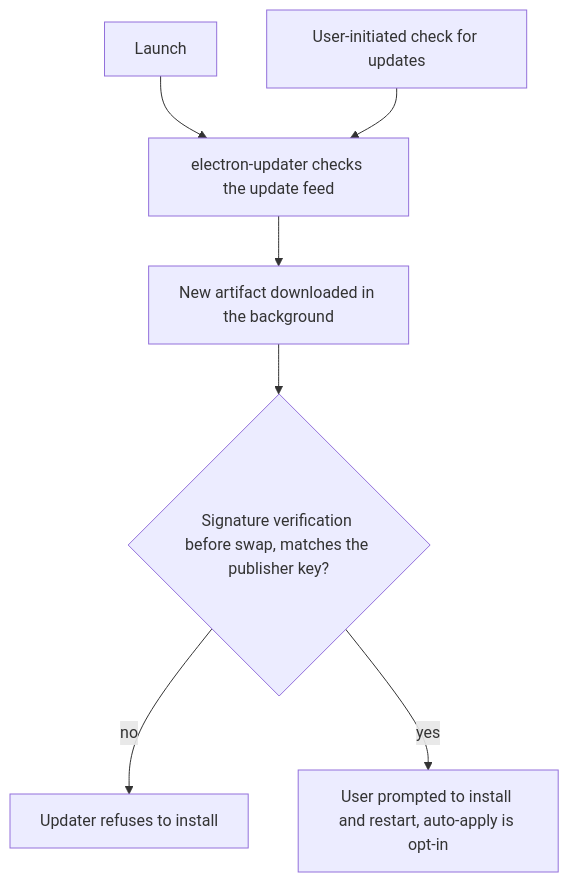
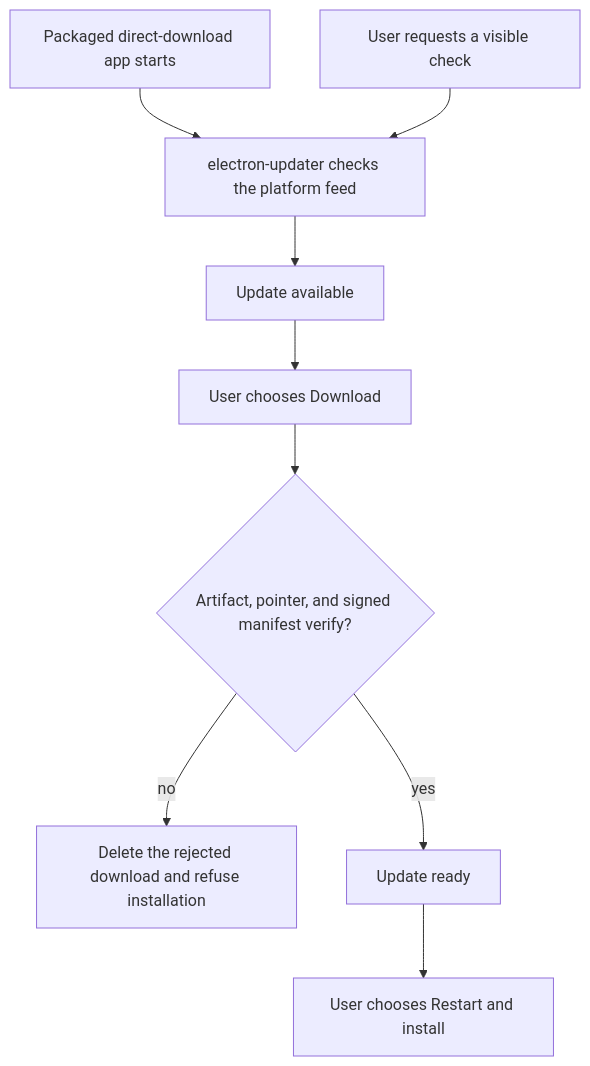
One commit to XChain-Platform/xchain-documentation changed the diagram in components/wallet/build-release.md. Above: the diagram before and after it, drawn with Mermaid. The commit also changed other lines of this file, not shown here.

````diff
--- a/components/wallet/build-release.md
+++ b/components/wallet/build-release.md
@@ -94,17 +105,21 @@
 ```mermaid
 flowchart TD
-    A1["Launch"]
-    A2["User-initiated check for updates"]
-    CHECK["electron-updater checks the update feed"]
-    B["New artifact downloaded in the background"]
-    C{"Signature verification before swap, matches the publisher key?"}
-    D["Updater refuses to install"]
-    E["User prompted to install and restart, auto-apply is opt-in"]
+    A1["Packaged direct-download app starts"]
+    A2["User requests a visible check"]
+    CHECK["electron-updater checks the platform feed"]
+    OFFER["Update available"]
+    DOWNLOAD["User chooses Download"]
+    VERIFY{"Artifact, pointer, and signed manifest verify?"}
+    REJECT["Delete the rejected download and refuse installation"]
+    READY["Update ready"]
+    RESTART["User chooses Restart and install"]
 
     A1 --> CHECK
     A2 --> CHECK
-    CHECK --> B
-    B --> C
-    C -->|"no"| D
-    C -->|"yes"| E
+    CHECK --> OFFER
+    OFFER --> DOWNLOAD
+    DOWNLOAD --> VERIFY
+    VERIFY -->|"no"| REJECT
+    VERIFY -->|"yes"| READY
+    READY --> RESTART
 ```
````
